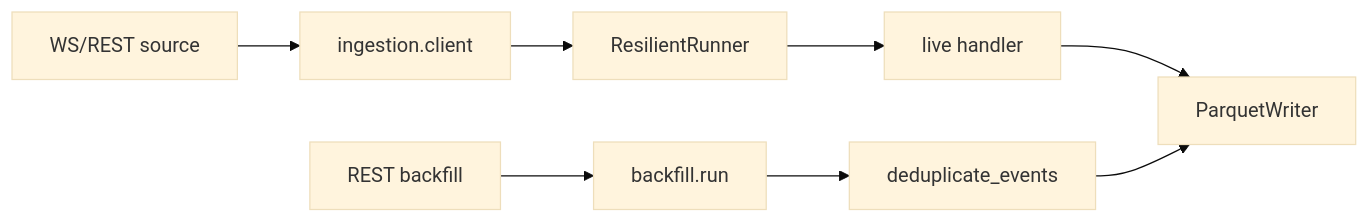
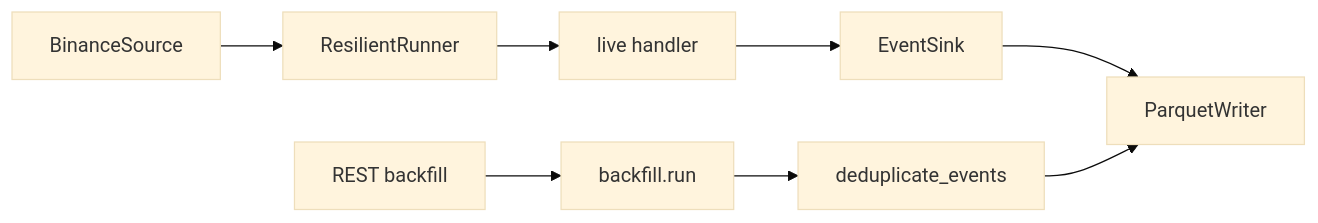
One commit to oscarlgarcia/MyTraderSystem changed the first of 5 diagrams in docs/ingestion.md. Above: the diagram before and after it, drawn with Mermaid (base theme). The commit also changed other lines of this file and 13 other files, not shown here.

Commit message:
Introduce ingestion source and sink contracts

````diff
--- a/docs/ingestion.md
+++ b/docs/ingestion.md
@@ -99,10 +108,10 @@
 ```mermaid
 flowchart LR
-  WS[WS/REST source] --> C[ingestion.client]
-  C --> R[ResilientRunner]
+  WS[BinanceSource] --> R[ResilientRunner]
   R --> H[live handler]
-  H --> P[ParquetWriter]
+  H --> S[EventSink]
+  S --> P[ParquetWriter]
   REST[REST backfill] --> B[backfill.run]
   B --> D[deduplicate_events]
   D --> P
 ```
````
